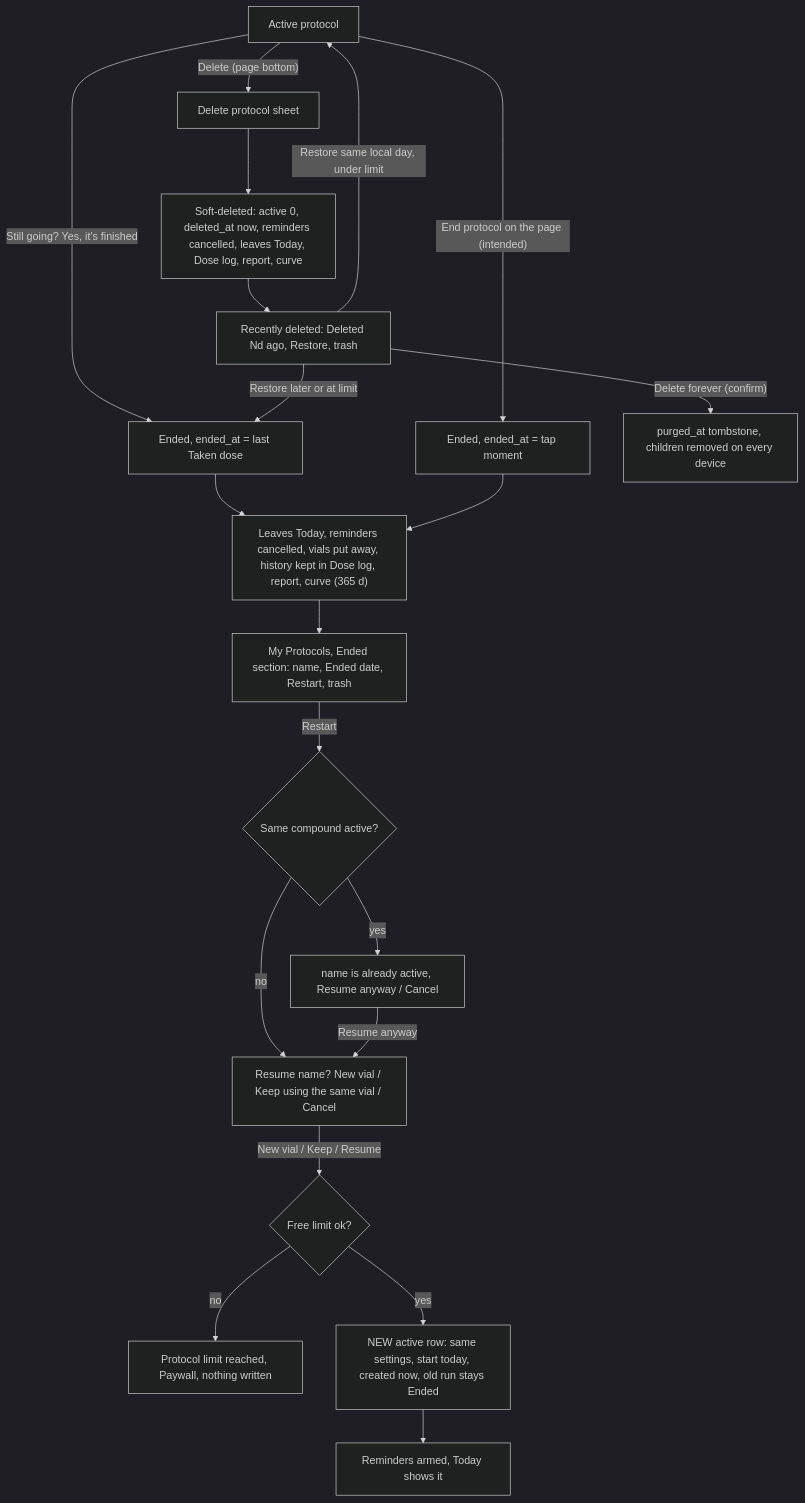
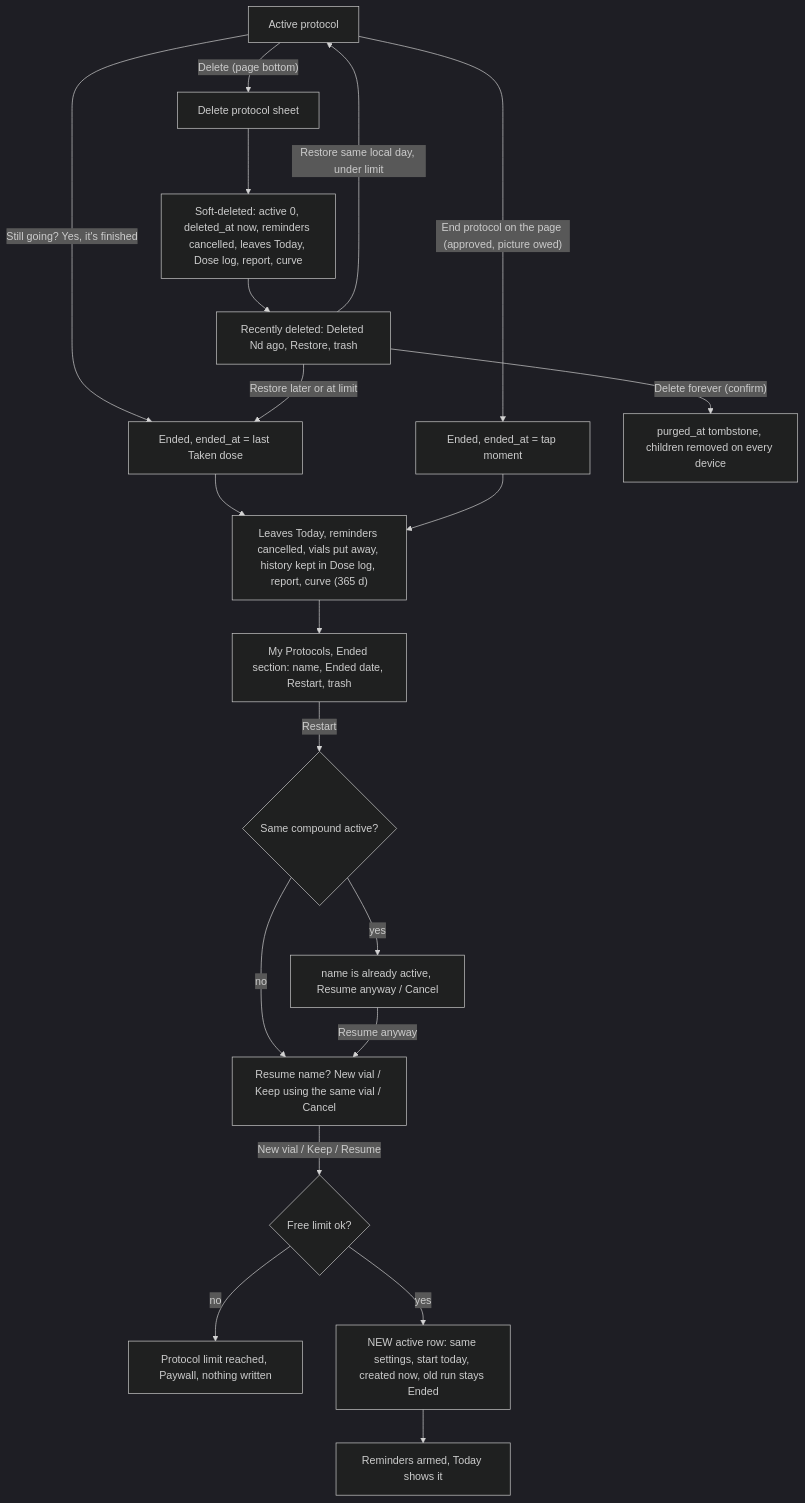
One commit to evandroviskis/dosetrace changed the first of 3 diagrams in docs/product/flows/05-protocol-end-restart-delete.md. Above: the diagram before and after it, drawn with Mermaid (dark theme). The commit also changed other lines of this file and 26 other files, not shown here.

Commit message:
docs/product: round-2 corrections propagated to PRD (G-1..G-233), TRD + dossiers, flows + Portuguese picture from the final registers; 105 diagrams parse; zero stale ids

````diff
--- a/docs/product/flows/05-protocol-end-restart-delete.md
+++ b/docs/product/flows/05-protocol-end-restart-delete.md
@@ -49,22 +50,22 @@
 ```mermaid
 flowchart TD
   A["Active protocol"] -->|"Still going? Yes, it's finished"| B["Ended, ended_at = last Taken dose"]
-  A -->|"End protocol on the page (intended)"| B2["Ended, ended_at = tap moment"]
+  A -->|"End protocol on the page (approved, picture owed)"| B2["Ended, ended_at = tap moment"]
   B --> C["Leaves Today, reminders cancelled, vials put away, history kept in Dose log, report, curve (365 d)"]
   B2 --> C
   C --> D["My Protocols, Ended section: name, Ended date, Restart, trash"]
   D -->|Restart| E{"Same compound active?"}
   E -->|yes| F["name is already active, Resume anyway / Cancel"]
   E -->|no| I["Resume name? New vial / Keep using the same vial / Cancel"]
   F -->|Resume anyway| I
   I -->|"New vial / Keep / Resume"| G{"Free limit ok?"}
   G -->|no| H["Protocol limit reached, Paywall, nothing written"]
   G -->|yes| J["NEW active row: same settings, start today, created now, old run stays Ended"]
   J --> K["Reminders armed, Today shows it"]
   A -->|"Delete (page bottom)"| L["Delete protocol sheet"]
   L --> M["Soft-deleted: active 0, deleted_at now, reminders cancelled, leaves Today, Dose log, report, curve"]
   M --> N["Recently deleted: Deleted Nd ago, Restore, trash"]
   N -->|Restore same local day, under limit| A
   N -->|Restore later or at limit| B
   N -->|"Delete forever (confirm)"| O["purged_at tombstone, children removed on every device"]
 ```
````
